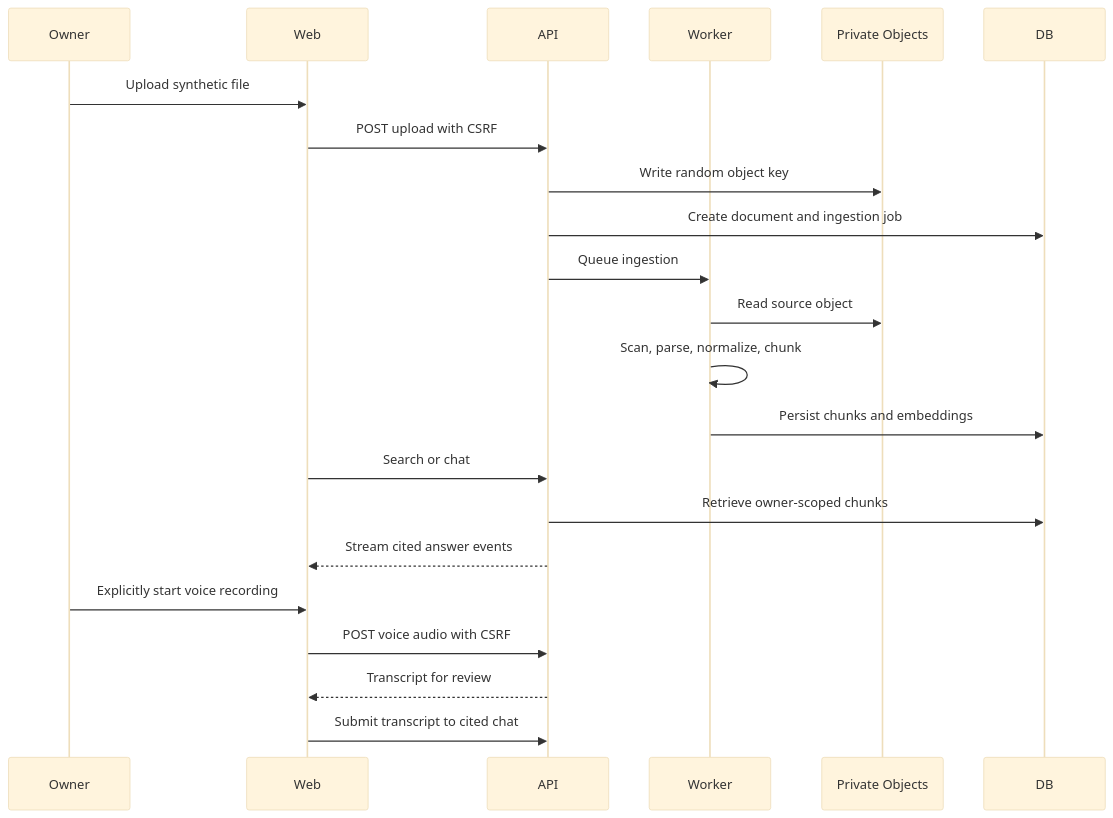
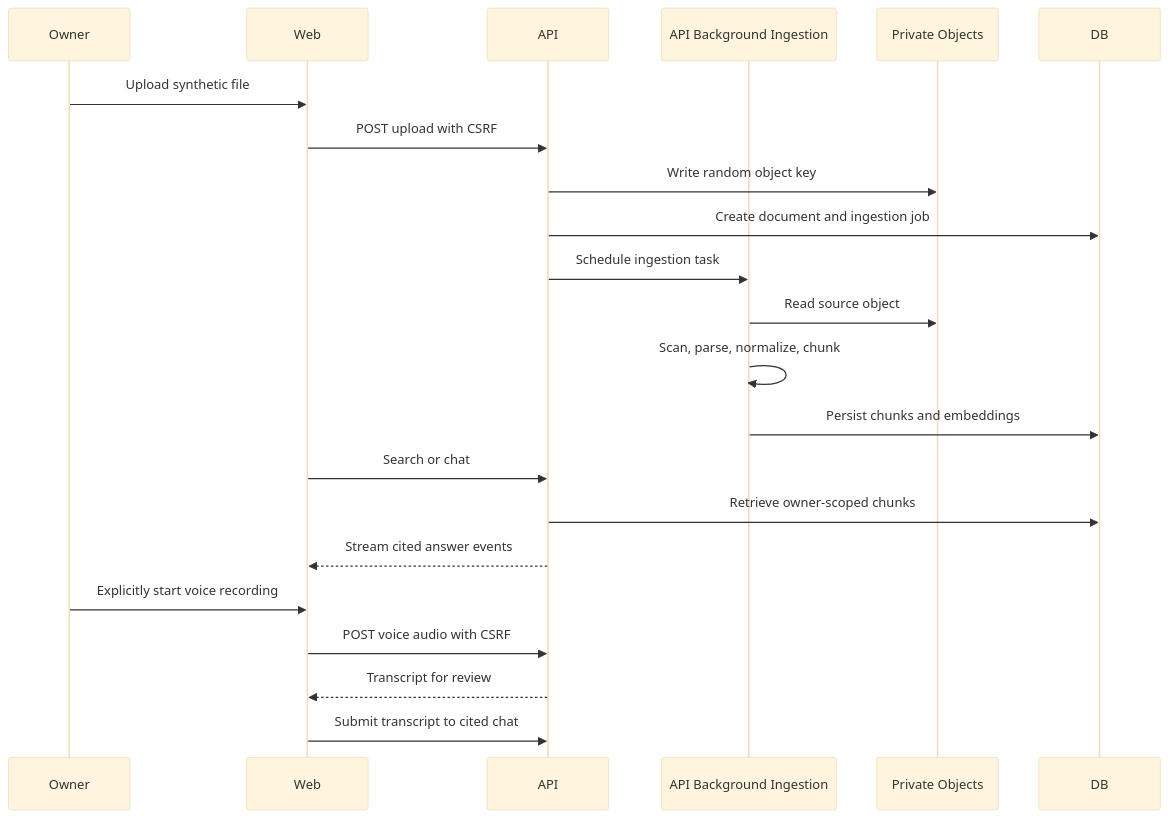
One commit to GregB712/Loomi-Brain changed the third of 3 diagrams in README.md. Above: the diagram before and after it, drawn with Mermaid (base theme). The commit also changed other lines of this file and 21 other files, not shown here.

````diff
--- a/README.md
+++ b/README.md
@@ -60,24 +60,24 @@
 ```mermaid
 sequenceDiagram
   participant Owner
   participant Web
   participant API
-  participant Worker
+  participant Ingest as API Background Ingestion
   participant Store as Private Objects
   participant DB
   Owner->>Web: Upload synthetic file
   Web->>API: POST upload with CSRF
   API->>Store: Write random object key
   API->>DB: Create document and ingestion job
-  API->>Worker: Queue ingestion
-  Worker->>Store: Read source object
-  Worker->>Worker: Scan, parse, normalize, chunk
-  Worker->>DB: Persist chunks and embeddings
+  API->>Ingest: Schedule ingestion task
+  Ingest->>Store: Read source object
+  Ingest->>Ingest: Scan, parse, normalize, chunk
+  Ingest->>DB: Persist chunks and embeddings
   Web->>API: Search or chat
   API->>DB: Retrieve owner-scoped chunks
   API-->>Web: Stream cited answer events
   Owner->>Web: Explicitly start voice recording
   Web->>API: POST voice audio with CSRF
   API-->>Web: Transcript for review
   Web->>API: Submit transcript to cited chat
 ```
````
